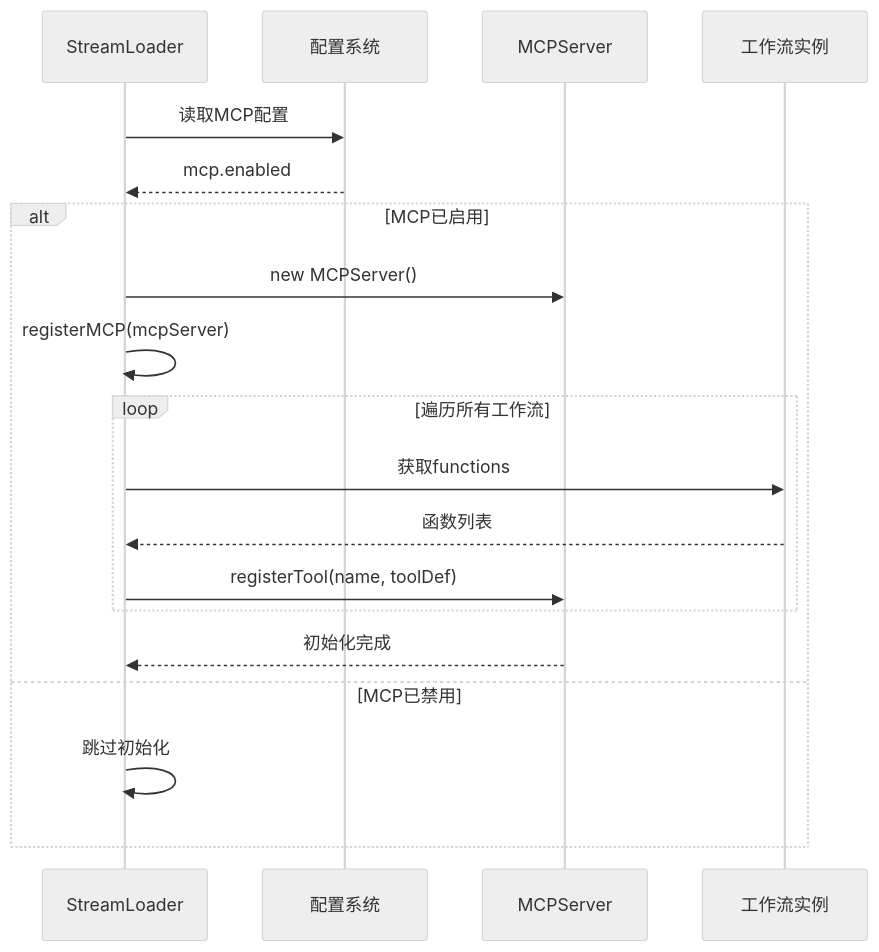
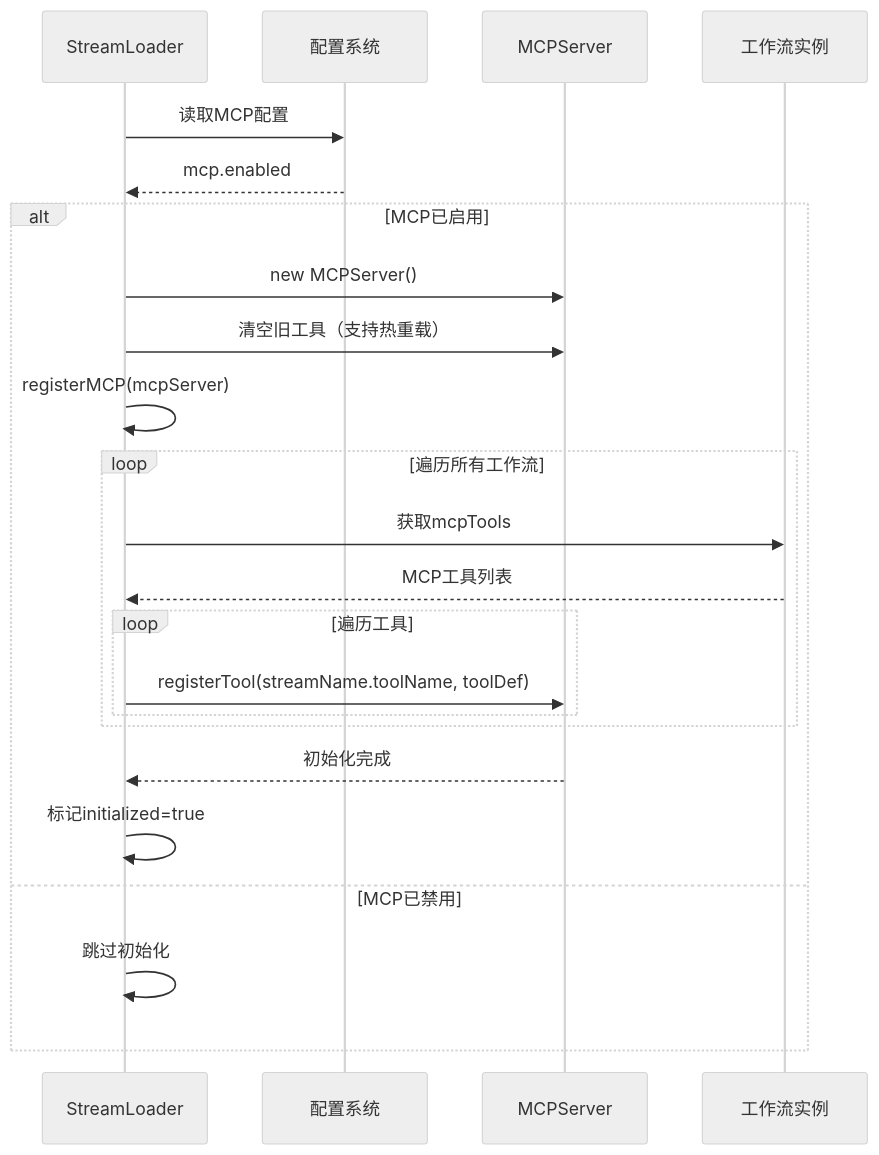
One commit to sunflowermm/XRK-AGT changed the fourth of 7 diagrams in docs/mcp-guide.md. Above: the diagram before and after it, drawn with Mermaid (neutral theme). The commit also changed other lines of this file and 23 other files, not shown here.

````diff
--- a/docs/mcp-guide.md
+++ b/docs/mcp-guide.md
@@ -179,22 +179,26 @@
 ```mermaid
 sequenceDiagram
     participant SL as StreamLoader
     participant Config as 配置系统
     participant MCP as MCPServer
     participant Stream as 工作流实例
 
     SL->>Config: 读取MCP配置
     Config-->>SL: mcp.enabled
     alt MCP已启用
         SL->>MCP: new MCPServer()
+        SL->>MCP: 清空旧工具（支持热重载）
         SL->>SL: registerMCP(mcpServer)
         loop 遍历所有工作流
-            SL->>Stream: 获取functions
-            Stream-->>SL: 函数列表
-            SL->>MCP: registerTool(name, toolDef)
+            SL->>Stream: 获取mcpTools
+            Stream-->>SL: MCP工具列表
+            loop 遍历工具
+                SL->>MCP: registerTool(streamName.toolName, toolDef)
+            end
         end
         MCP-->>SL: 初始化完成
+        SL->>SL: 标记initialized=true
     else MCP已禁用
         SL->>SL: 跳过初始化
     end
 ```
````
